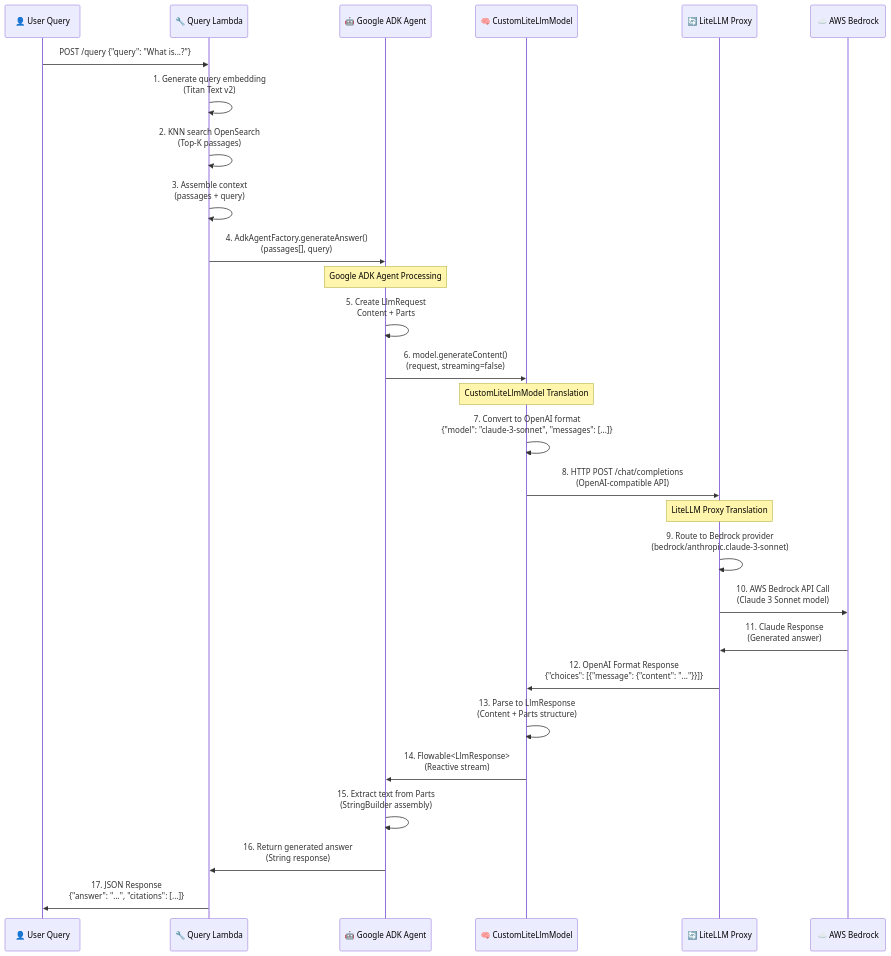
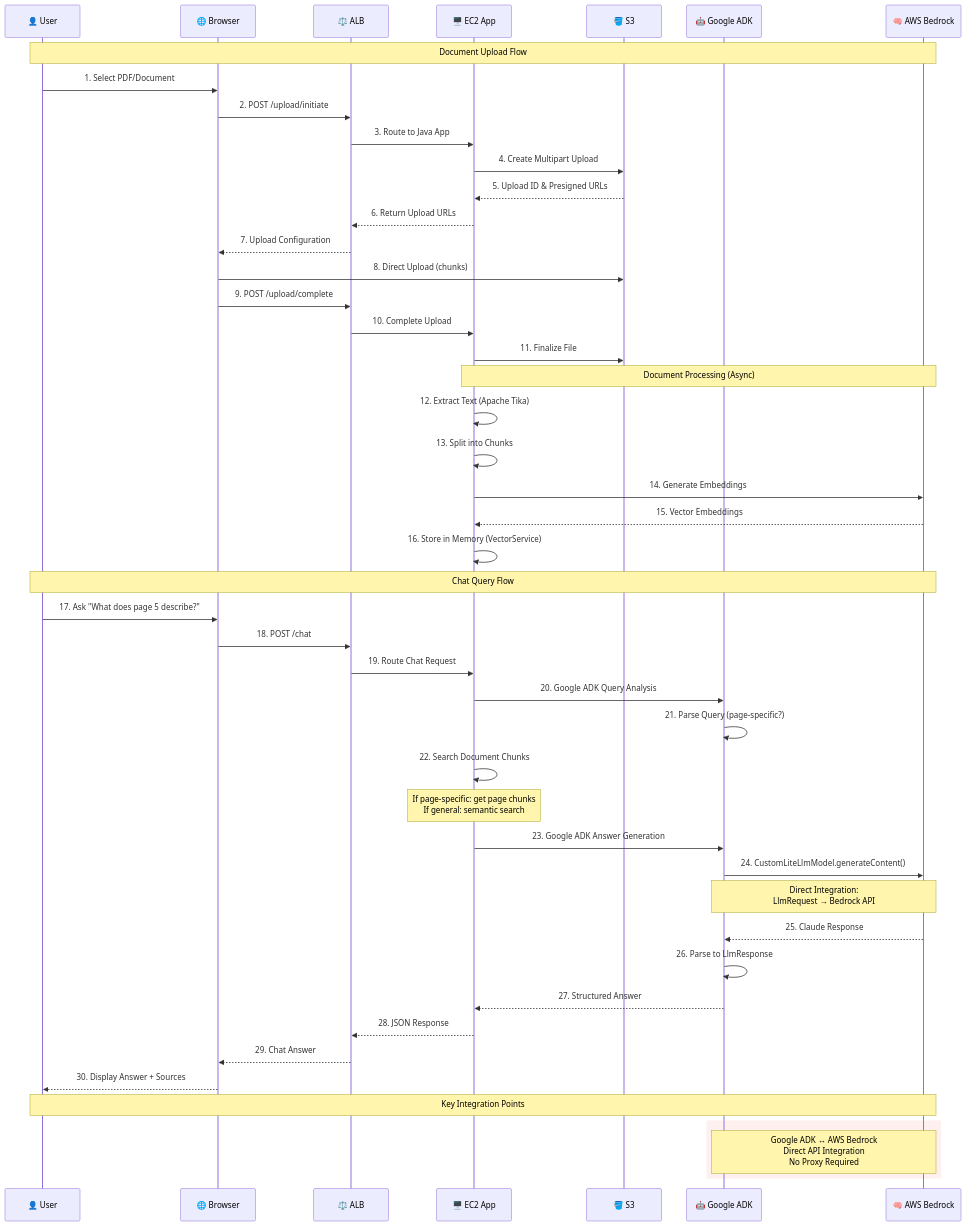
The second of 2 diagrams in README.md (kgmenon/rag-agent), drawn with Mermaid before and after one commit. The commit also changed other lines of this file and 44 other files, not shown here.

````diff
--- a/README.md
+++ b/README.md
@@ -60,38 +177,58 @@
 ```mermaid
 sequenceDiagram
-    participant User as 👤 User Query
-    participant Lambda as 🔧 Query Lambda
-    participant ADK as 🤖 Google ADK Agent
-    participant Model as 🧠 CustomLiteLlmModel
-    participant Proxy as 🔄 LiteLLM Proxy
-    participant Bedrock as ☁️ AWS Bedrock
+    participant User as 👤 User
+    participant Browser as 🌐 Browser
+    participant ALB as ⚖️ ALB
+    participant EC2 as 🖥️ EC2 App
+    participant S3 as 🪣 S3
+    participant ADK as 🤖 Google ADK
+    participant Bedrock as 🧠 AWS Bedrock
+
+    Note over User,Bedrock: Document Upload Flow
+    User->>Browser: 1. Select PDF/Document
+    Browser->>ALB: 2. POST /upload/initiate
+    ALB->>EC2: 3. Route to Java App
+    EC2->>S3: 4. Create Multipart Upload
+    S3-->>EC2: 5. Upload ID & Presigned URLs
+    EC2-->>ALB: 6. Return Upload URLs
+    ALB-->>Browser: 7. Upload Configuration
+    Browser->>S3: 8. Direct Upload (chunks)
+    Browser->>ALB: 9. POST /upload/complete
+    ALB->>EC2: 10. Complete Upload
+    EC2->>S3: 11. Finalize File
     
-    User->>Lambda: POST /query {"query": "What is...?"}
-    Lambda->>Lambda: 1. Generate query embedding<br/>(Titan Text v2)
-    Lambda->>Lambda: 2. KNN search OpenSearch<br/>(Top-K passages)
-    Lambda->>Lambda: 3. Assemble context<br/>(passages + query)
+    Note over EC2,Bedrock: Document Processing (Async)
+    EC2->>EC2: 12. Extract Text (Apache Tika)
+    EC2->>EC2: 13. Split into Chunks
+    EC2->>Bedrock: 14. Generate Embeddings
+    Bedrock-->>EC2: 15. Vector Embeddings
+    EC2->>EC2: 16. Store in Memory (VectorService)
     
-    Lambda->>ADK: 4. AdkAgentFactory.generateAnswer()<br/>(passages[], query)
+    Note over User,Bedrock: Chat Query Flow
+    User->>Browser: 17. Ask "What does page 5 describe?"
+    Browser->>ALB: 18. POST /chat
+    ALB->>EC2: 19. Route Chat Request
     
-    Note over ADK: Google ADK Agent Processing
-    ADK->>ADK: 5. Create LlmRequest<br/>Content + Parts
-    ADK->>Model: 6. model.generateContent()<br/>(request, streaming=false)
+    EC2->>ADK: 20. Google ADK Query Analysis
+    ADK->>ADK: 21. Parse Query (page-specific?)
     
-    Note over Model: CustomLiteLlmModel Translation
-    Model->>Model: 7. Convert to OpenAI format<br/>{"model": "claude-3-sonnet", "messages": [...]}
-    Model->>Proxy: 8. HTTP POST /chat/completions<br/>(OpenAI-compatible API)
+    EC2->>EC2: 22. Search Document Chunks
+    Note over EC2: If page-specific: get page chunks<br/>If general: semantic search
     
-    Note over Proxy: LiteLLM Proxy Translation
-    Proxy->>Proxy: 9. Route to Bedrock provider<br/>(bedrock/anthropic.claude-3-sonnet)
-    Proxy->>Bedrock: 10. AWS Bedrock API Call<br/>(Claude 3 Sonnet model)
+    EC2->>ADK: 23. Google ADK Answer Generation
+    ADK->>Bedrock: 24. CustomLiteLlmModel.generateContent()
+    Note over ADK,Bedrock: Direct Integration:<br/>LlmRequest → Bedrock API
     
-    Bedrock->>Proxy: 11. Claude Response<br/>(Generated answer)
-    Proxy->>Model: 12. OpenAI Format Response<br/>{"choices": [{"message": {"content": "..."}}]}
+    Bedrock-->>ADK: 25. Claude Response
+    ADK->>ADK: 26. Parse to LlmResponse
+    ADK-->>EC2: 27. Structured Answer
     
-    Model->>Model: 13. Parse to LlmResponse<br/>(Content + Parts structure)
-    Model->>ADK: 14. Flowable<LlmResponse><br/>(Reactive stream)
-    ADK->>ADK: 15. Extract text from Parts<br/>(StringBuilder assembly)
+    EC2-->>ALB: 28. JSON Response
+    ALB-->>Browser: 29. Chat Answer
+    Browser-->>User: 30. Display Answer + Sources
     
-    ADK->>Lambda: 16. Return generated answer<br/>(String response)
-    Lambda->>User: 17. JSON Response<br/>{"answer": "...", "citations": [...]}
+    Note over User,Bedrock: Key Integration Points
+    rect rgb(255, 240, 240)
+        Note over ADK,Bedrock: Google ADK ↔ AWS Bedrock<br/>Direct API Integration<br/>No Proxy Required
+    end
 ```
````
